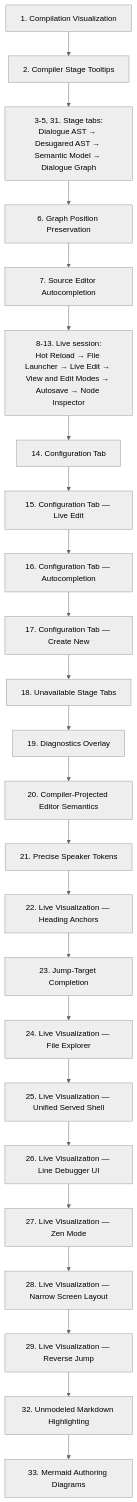
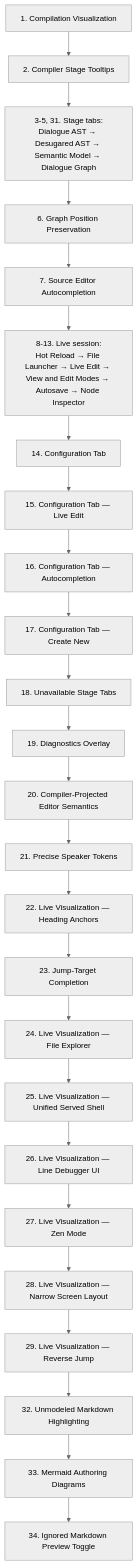
One commit to pengzhengyi/dialoguedown changed the third of 3 diagrams in docs/contributing/design-notes/README.md. Above: the diagram before and after it, drawn with Mermaid (neutral theme). The commit also changed other lines of this file and 16 other files, not shown here.

First line of the commit message:
feat(visualization): globally collapse ignored Preview content (#272)

````diff
--- a/docs/contributing/design-notes/README.md
+++ b/docs/contributing/design-notes/README.md
@@ -137,26 +137,27 @@
 ```mermaid
 flowchart TB
     CV["1. Compilation Visualization"] --> TT["2. Compiler Stage Tooltips"]
     TT --> TABS["3-5, 31. Stage tabs:<br/>Dialogue AST → Desugared AST → Semantic Model → Dialogue Graph"]
     TABS --> GX["6. Graph Position Preservation"]
     GX --> AC["7. Source Editor Autocompletion"]
     AC --> LIVE["8-13. Live session:<br/>Hot Reload → File Launcher → Live Edit → View and Edit Modes → Autosave → Node Inspector"]
     LIVE --> CFG["14. Configuration Tab"]
     CFG --> CFGLE["15. Configuration Tab — Live Edit"]
     CFGLE --> CFGAC["16. Configuration Tab — Autocompletion"]
     CFGAC --> CFGCN["17. Configuration Tab — Create New"]
     CFGCN --> UST["18. Unavailable Stage Tabs"]
     UST --> DGO["19. Diagnostics Overlay"]
     DGO --> CPE["20. Compiler-Projected Editor Semantics"]
     CPE --> PST["21. Precise Speaker Tokens"]
     PST --> HA["22. Live Visualization — Heading Anchors"]
     HA --> JTC["23. Jump-Target Completion"]
     JTC --> FE["24. Live Visualization — File Explorer"]
     FE --> USS["25. Live Visualization — Unified Served Shell"]
     USS --> LDU["26. Live Visualization — Line Debugger UI"]
     LDU --> ZEN["27. Live Visualization — Zen Mode"]
     ZEN --> NSL["28. Live Visualization — Narrow Screen Layout"]
     NSL --> RJ["29. Live Visualization — Reverse Jump"]
     RJ --> UMH["32. Unmodeled Markdown Highlighting"]
     UMH --> MAD["33. Mermaid Authoring Diagrams"]
+    MAD --> IMT["34. Ignored Markdown Preview Toggle"]
 ```
````
